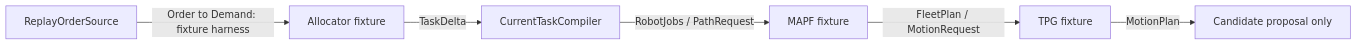
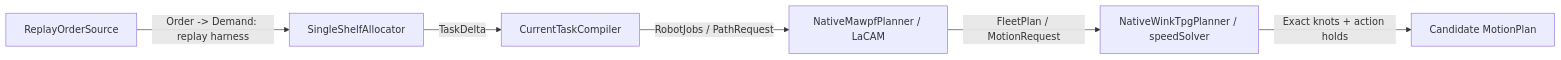
The diagram in docs/en/development/0009-staged-pipeline.md (Requora/TAPF_MAPF_TPG), drawn with Mermaid before and after one commit. The commit also changed other lines of this file and 36 other files, not shown here.

Commit message:
feat: run real order-to-TPG chain through pinned native solvers

````diff
--- a/docs/en/development/0009-staged-pipeline.md
+++ b/docs/en/development/0009-staged-pipeline.md
@@ -15,8 +19,8 @@
 ```mermaid
 flowchart LR
-    O[ReplayOrderSource] -->|Order to Demand: fixture harness| A[Allocator fixture]
+    O[ReplayOrderSource] -->|Order -> Demand: replay harness| A[SingleShelfAllocator]
     A -->|TaskDelta| C[CurrentTaskCompiler]
-    C -->|RobotJobs / PathRequest| M[MAPF fixture]
-    M -->|FleetPlan / MotionRequest| T[TPG fixture]
-    T -->|MotionPlan| P[Candidate proposal only]
+    C -->|RobotJobs / PathRequest| M[NativeMawpfPlanner / LaCAM]
+    M -->|FleetPlan / MotionRequest| T[NativeWinkTpgPlanner / speedSolver]
+    T -->|Exact knots + action holds| P[Candidate MotionPlan]
 ```
````
